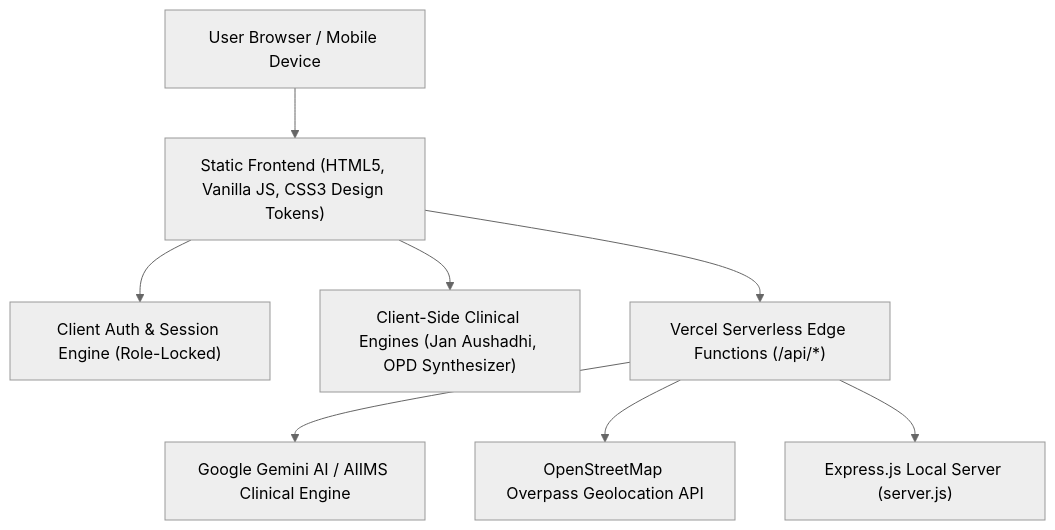
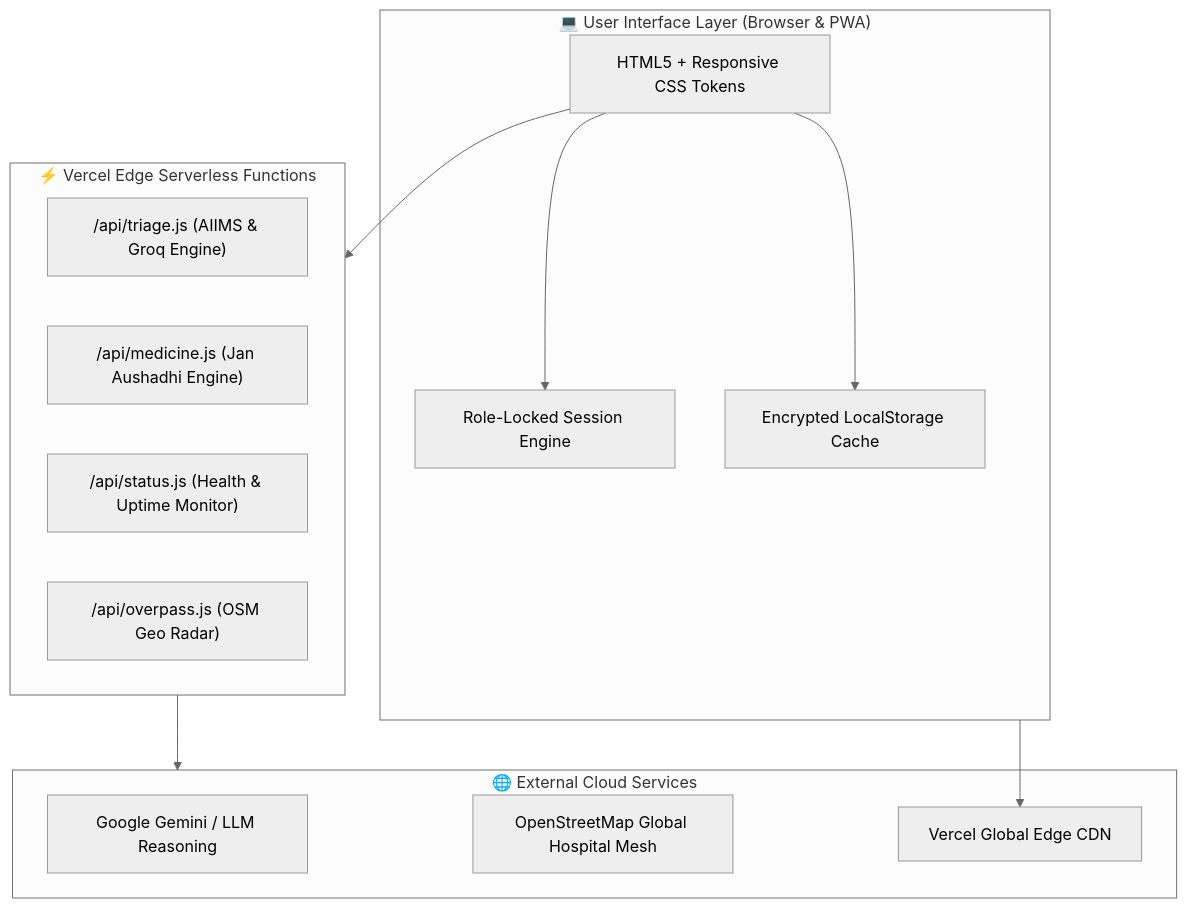
Before and after one commit to dakshchawla1/Mediguide: the diagram in README.md, drawn with Mermaid (neutral theme). The commit also changed other lines of this file and 1 other file, not shown here.

````diff
--- a/README.md
+++ b/README.md
@@ -91,10 +109,27 @@
 ```mermaid
 flowchart TD
-    Client["User Browser / Mobile Device"] --> Frontend["Static Frontend (HTML5, Vanilla JS, CSS3 Design Tokens)"]
-    Frontend --> Auth["Client Auth & Session Engine (Role-Locked)"]
-    Frontend --> LocalEngines["Client-Side Clinical Engines (Jan Aushadhi, OPD Synthesizer)"]
-    Frontend --> VercelAPI["Vercel Serverless Edge Functions (/api/*)"]
-    VercelAPI --> GeminiAI["Google Gemini AI / AIIMS Clinical Engine"]
-    VercelAPI --> Overpass["OpenStreetMap Overpass Geolocation API"]
-    VercelAPI --> NodeBackend["Express.js Local Server (server.js)"]
+    subgraph Client["💻 User Interface Layer (Browser & PWA)"]
+        UI["HTML5 + Responsive CSS Tokens"]
+        AuthEng["Role-Locked Session Engine"]
+        Storage["Encrypted LocalStorage Cache"]
+    end
+
+    subgraph Serverless["⚡ Vercel Edge Serverless Functions"]
+        TriageAPI["/api/triage.js (AIIMS & Groq Engine)"]
+        MedicineAPI["/api/medicine.js (Jan Aushadhi Engine)"]
+        StatusAPI["/api/status.js (Health & Uptime Monitor)"]
+        OverpassAPI["/api/overpass.js (OSM Geo Radar)"]
+    end
+
+    subgraph External["🌐 External Cloud Services"]
+        Gemini["Google Gemini / LLM Reasoning"]
+        OSM["OpenStreetMap Global Hospital Mesh"]
+        VercelCDN["Vercel Global Edge CDN"]
+    end
+
+    Client --> VercelCDN
+    UI --> AuthEng
+    UI --> Storage
+    UI --> Serverless
+    Serverless --> External
 ```
````
